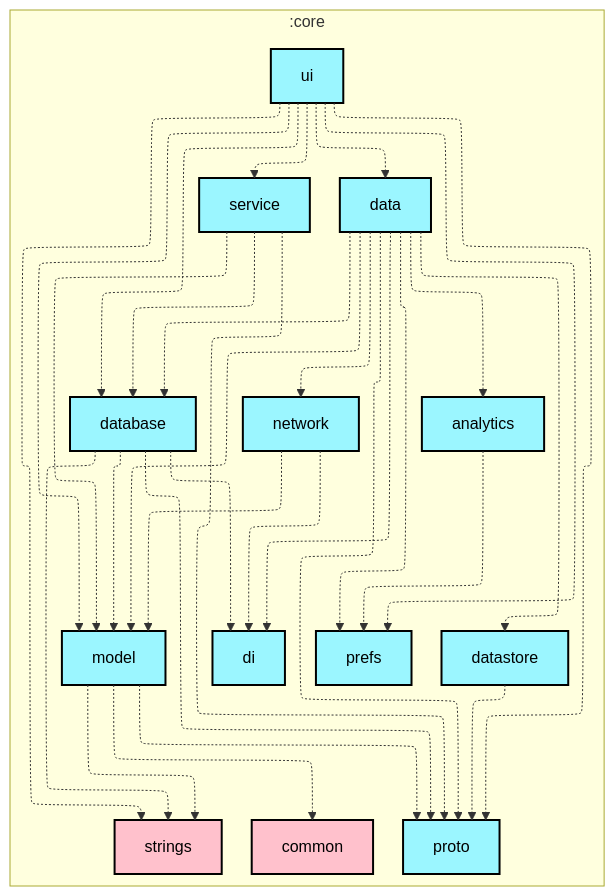
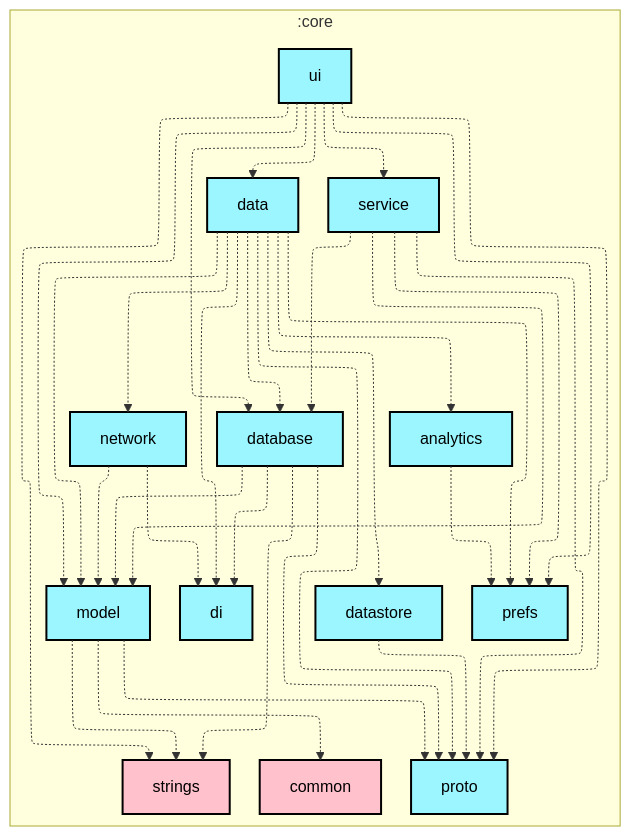
One commit to meshtastic/Meshtastic-Android changed the first of 2 diagrams in core/ui/README.md. Above: the diagram before and after it, drawn with Mermaid. The commit also changed 46 other files, not shown here.

First line of the commit message:
chore: Scheduled updates (Firmware, Hardware, Translations, Graphs)

````diff
--- a/core/ui/README.md
+++ b/core/ui/README.md
@@ -6,65 +6,66 @@
 ```mermaid
 ---
 config:
   layout: elk
   elk:
     nodePlacementStrategy: SIMPLE
 ---
 graph TB
   subgraph :core
     direction TB
     :core:analytics[analytics]:::android-library
     :core:common[common]:::kmp-library
     :core:data[data]:::android-library
     :core:database[database]:::android-library
     :core:datastore[datastore]:::android-library
     :core:di[di]:::android-library
     :core:model[model]:::android-library
     :core:network[network]:::android-library
     :core:prefs[prefs]:::android-library
     :core:proto[proto]:::android-library
     :core:service[service]:::android-library
     :core:strings[strings]:::kmp-library
     :core:ui[ui]:::android-library
   end
 
   :core:analytics -.-> :core:prefs
   :core:data -.-> :core:analytics
   :core:data -.-> :core:database
   :core:data -.-> :core:datastore
   :core:data -.-> :core:di
   :core:data -.-> :core:model
   :core:data -.-> :core:network
   :core:data -.-> :core:prefs
   :core:data -.-> :core:proto
   :core:database -.-> :core:di
   :core:database -.-> :core:model
   :core:database -.-> :core:proto
   :core:database -.-> :core:strings
   :core:datastore -.-> :core:proto
   :core:model -.-> :core:common
   :core:model -.-> :core:proto
   :core:model -.-> :core:strings
   :core:network -.-> :core:di
   :core:network -.-> :core:model
   :core:service -.-> :core:database
   :core:service -.-> :core:model
+  :core:service -.-> :core:prefs
   :core:service -.-> :core:proto
   :core:ui -.-> :core:data
   :core:ui -.-> :core:database
   :core:ui -.-> :core:model
   :core:ui -.-> :core:prefs
   :core:ui -.-> :core:proto
   :core:ui -.-> :core:service
   :core:ui -.-> :core:strings
 
 classDef android-application fill:#CAFFBF,stroke:#000,stroke-width:2px,color:#000;
 classDef android-application-compose fill:#CAFFBF,stroke:#000,stroke-width:2px,color:#000;
 classDef android-feature fill:#FFD6A5,stroke:#000,stroke-width:2px,color:#000;
 classDef android-library fill:#9BF6FF,stroke:#000,stroke-width:2px,color:#000;
 classDef android-library-compose fill:#9BF6FF,stroke:#000,stroke-width:2px,color:#000;
 classDef android-test fill:#A0C4FF,stroke:#000,stroke-width:2px,color:#000;
 classDef jvm-library fill:#BDB2FF,stroke:#000,stroke-width:2px,color:#000;
 classDef kmp-library fill:#FFC1CC,stroke:#000,stroke-width:2px,color:#000;
 classDef unknown fill:#FFADAD,stroke:#000,stroke-width:2px,color:#000;
 ```
````
